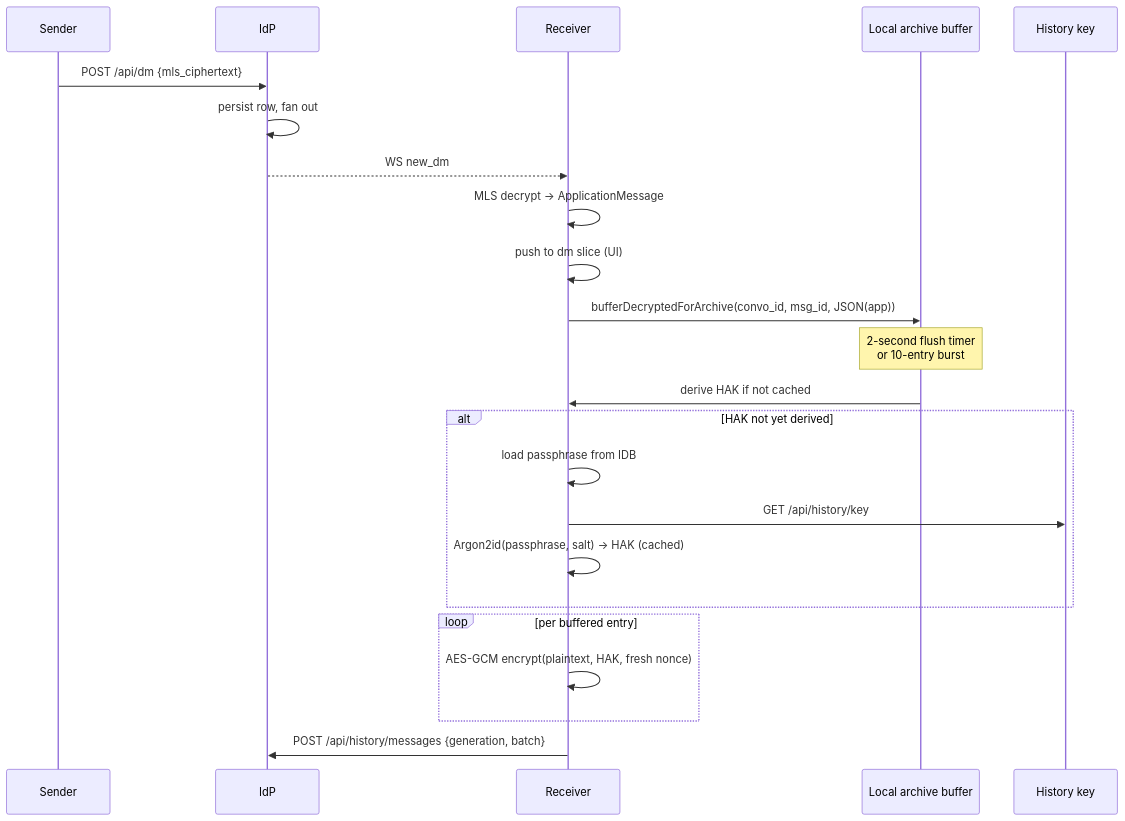
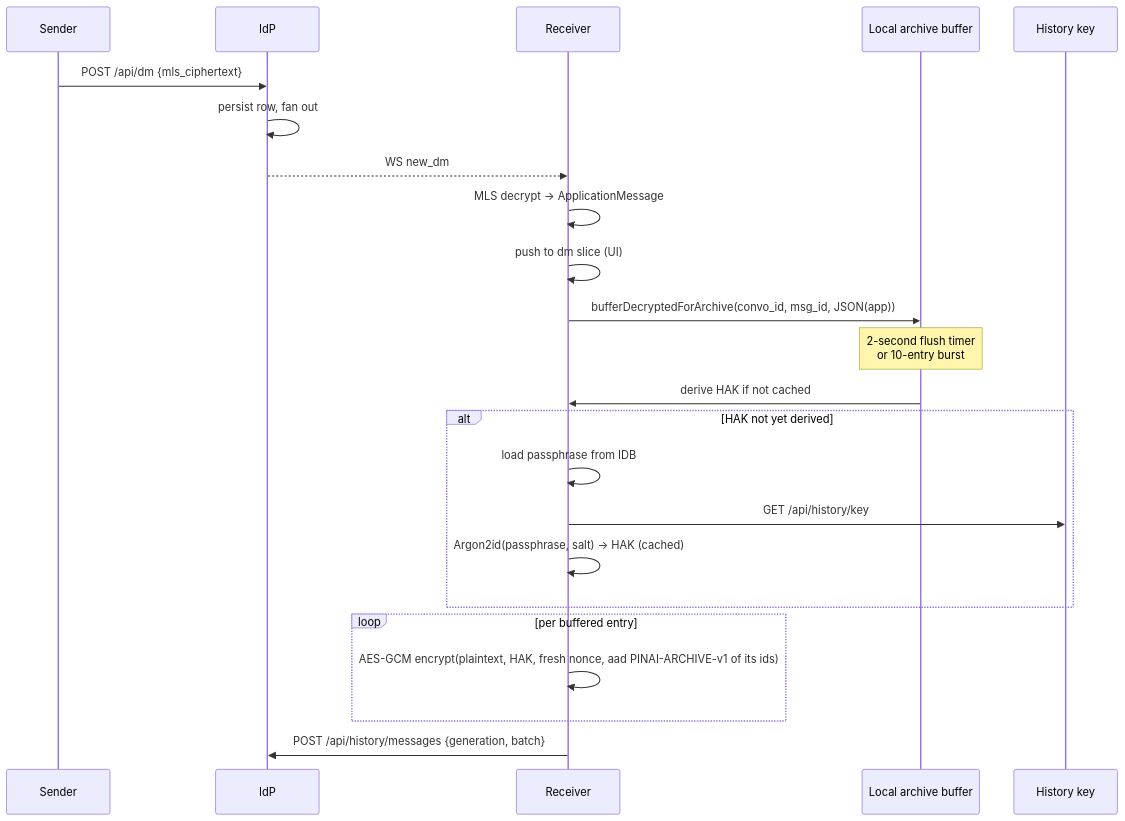
One commit to Pina-i/pinai changed the ninth of 18 diagrams in identity-provider/specs/e2ee.md. Above: the diagram before and after it, drawn with Mermaid. The commit also changed other lines of this file and 42 other files, not shown here.

````diff
--- a/identity-provider/specs/e2ee.md
+++ b/identity-provider/specs/e2ee.md
@@ -821,26 +1127,26 @@
 ```mermaid
 sequenceDiagram
     participant Sender
     participant IdP
     participant Receiver
     participant Buffer as Local archive buffer
     participant Key as History key
 
     Sender->>IdP: POST /api/dm {mls_ciphertext}
     IdP->>IdP: persist row, fan out
     IdP-->>Receiver: WS new_dm
     Receiver->>Receiver: MLS decrypt → ApplicationMessage
     Receiver->>Receiver: push to dm slice (UI)
     Receiver->>Buffer: bufferDecryptedForArchive(convo_id, msg_id, JSON(app))
     Note over Buffer: 2-second flush timer<br/>or 10-entry burst
     Buffer->>Receiver: derive HAK if not cached
     alt HAK not yet derived
         Receiver->>Receiver: load passphrase from IDB
         Receiver->>Key: GET /api/history/key
         Receiver->>Receiver: Argon2id(passphrase, salt) → HAK (cached)
     end
     loop per buffered entry
-        Receiver->>Receiver: AES-GCM encrypt(plaintext, HAK, fresh nonce)
+        Receiver->>Receiver: AES-GCM encrypt(plaintext, HAK, fresh nonce, aad PINAI-ARCHIVE-v1 of its ids)
     end
     Receiver->>IdP: POST /api/history/messages {generation, batch}
 ```
````
